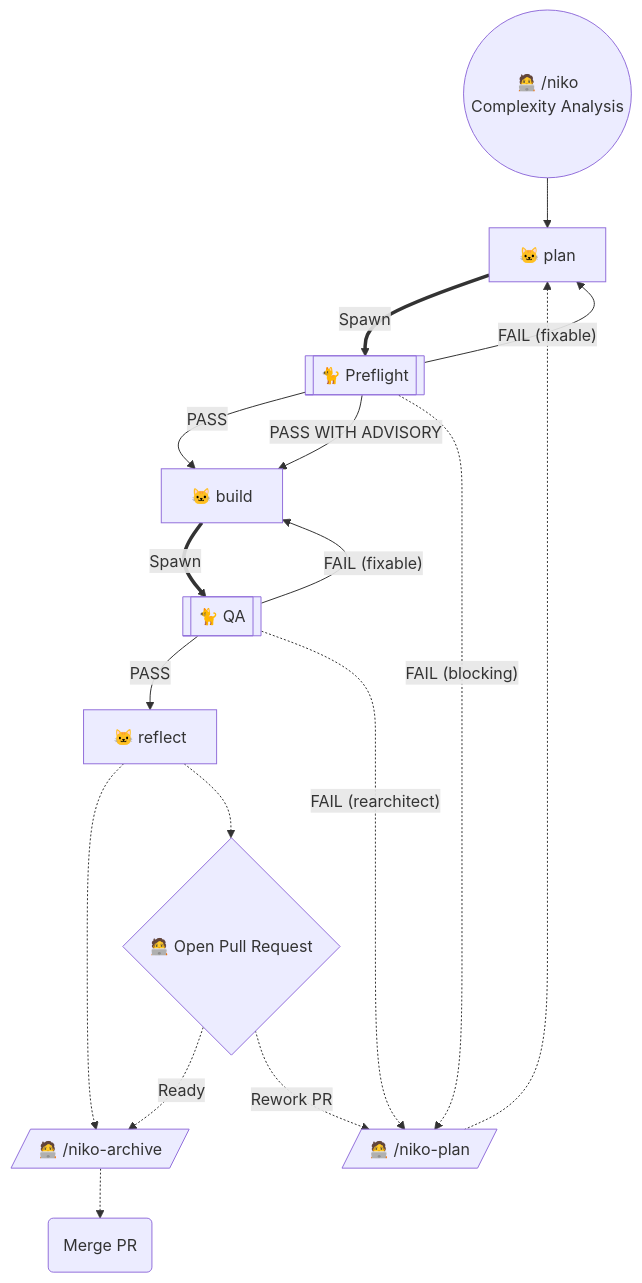
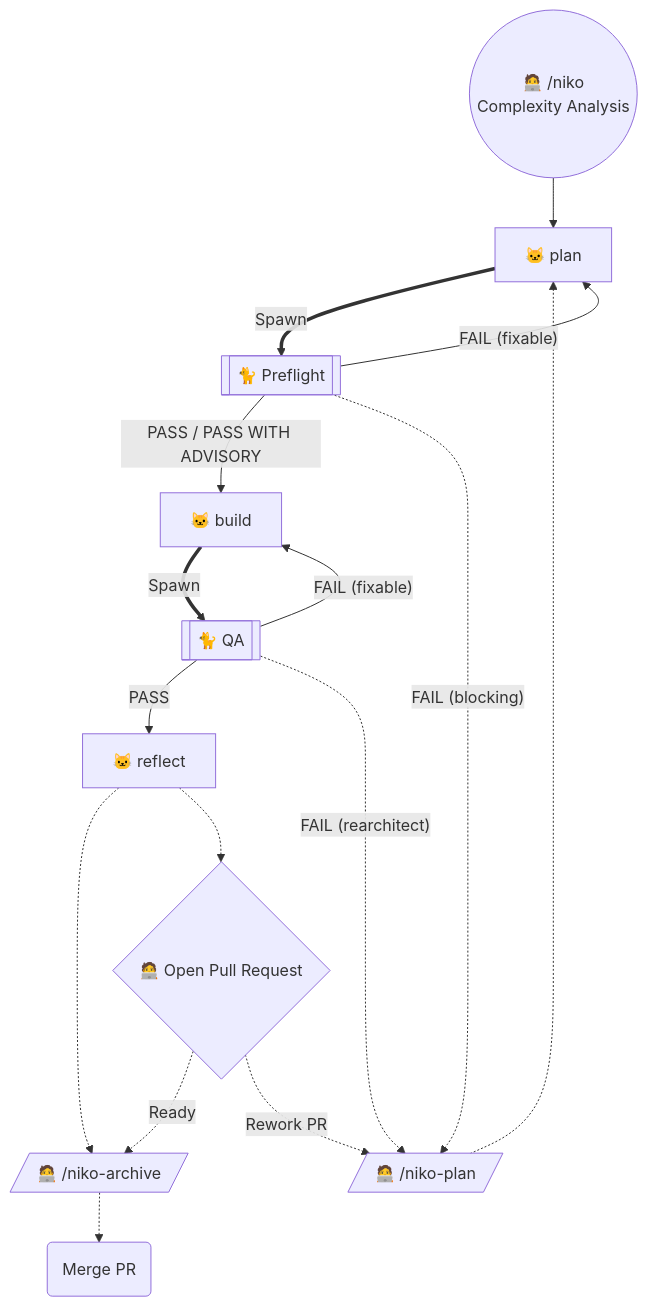
The fourth of 6 diagrams in rulesets/niko/README.md (Texarkanine/.cursor-rules), drawn with Mermaid before and after one commit. The commit also changed other lines of this file and 3 other files, not shown here.

Commit message:
fix(niko): combine Preflight PASS chart edges [#114]

````diff
--- a/rulesets/niko/README.md
+++ b/rulesets/niko/README.md
@@ -174,26 +172,25 @@
 ```mermaid
 flowchart TD
 	Start(("🧑‍💻 /niko<br>Complexity Analysis")) --> NikoPlan["🐱 plan"]
 	NikoPlan ==Spawn==> NikoPreflight[["🐈 Preflight"]]
-	NikoPreflight -->|"PASS"| NikoBuild["🐱 build"]
-	NikoPreflight -->|"PASS WITH ADVISORY"| NikoBuild
+	NikoPreflight -->|"PASS / PASS WITH ADVISORY"| NikoBuild["🐱 build"]
 	NikoPreflight -->|"FAIL (fixable)"| NikoPlan
 	NikoPreflight -.->|"FAIL (blocking)"| ManualPlan[/"🧑‍💻 /niko-plan"/]
 
 	NikoBuild ==Spawn==> NikoQA[["🐈 QA"]]
 	NikoQA -->|"PASS"| NikoReflect["🐱 reflect"]
 	NikoReflect -.-> ManualArchive[/"🧑‍💻 /niko-archive"/]
 	NikoQA -->|"FAIL (fixable)"| NikoBuild
 	NikoQA -.->|"FAIL (rearchitect)"| ManualPlan
 
 	ManualPlan -.-> NikoPlan
 
 	PR{"🧑‍💻 Open Pull Request"}
 
 	NikoReflect -.-> PR
 
 	PR -."Ready".-> ManualArchive
 	PR -."Rework PR".-> ManualPlan
 
 	ManualArchive -.-> MergePR("Merge PR")
 ```
````
